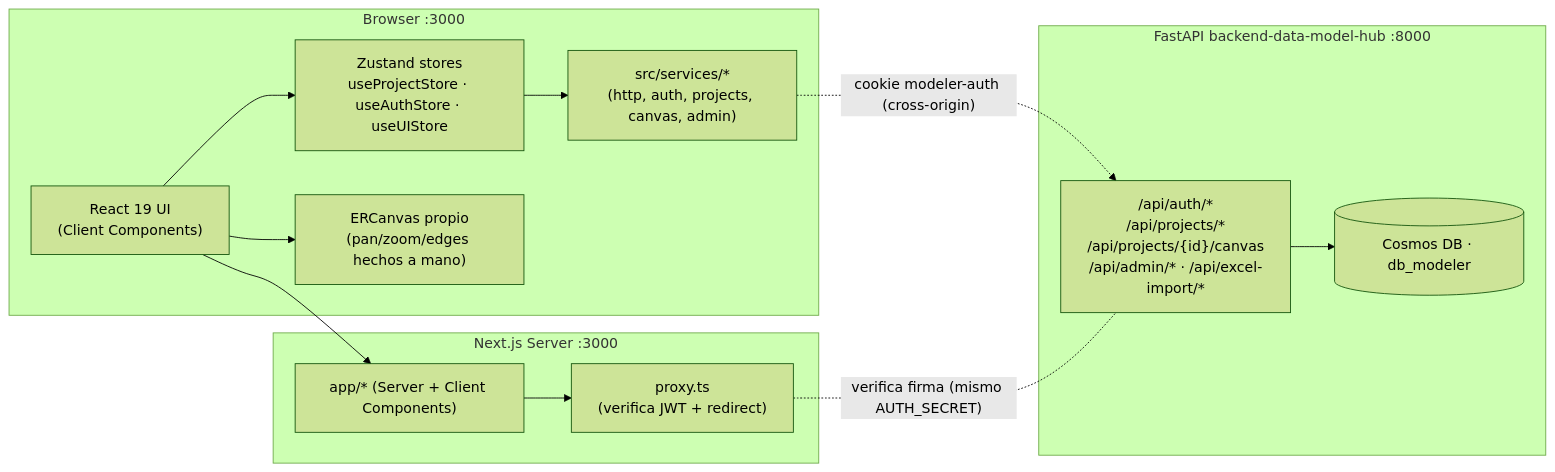
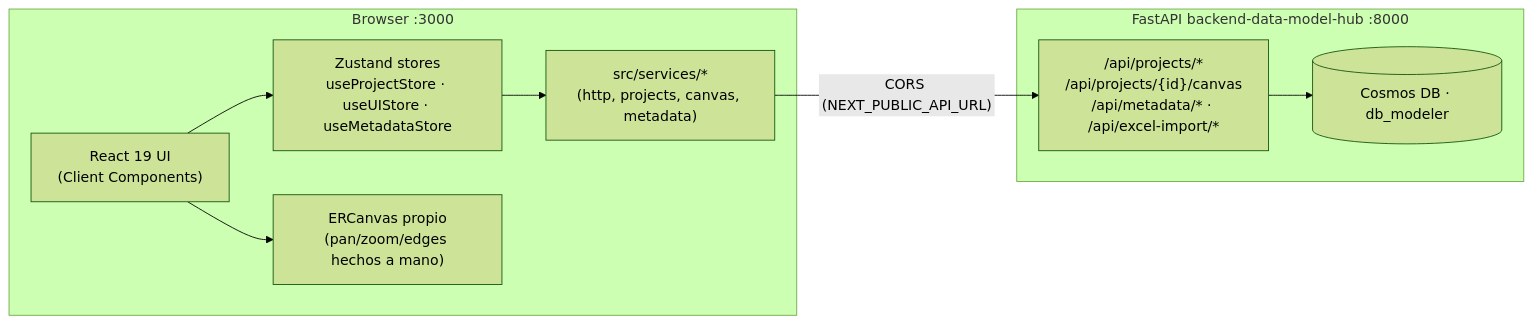
Before and after one commit to Carlosmps97/web-data-model-hub: the first of 2 diagrams in doc/architecture.md, drawn with Mermaid (forest theme). The commit also changed other lines of this file and 181 other files, not shown here.

````diff
--- a/doc/architecture.md
+++ b/doc/architecture.md
@@ -11,27 +11,19 @@
 ```mermaid
 flowchart LR
     subgraph Browser["Browser :3000"]
         UI["React 19 UI<br/>(Client Components)"]
-        ZS["Zustand stores<br/>useProjectStore · useAuthStore · useUIStore"]
+        ZS["Zustand stores<br/>useProjectStore · useUIStore · useMetadataStore"]
         ER["ERCanvas propio<br/>(pan/zoom/edges hechos a mano)"]
-        SVC["src/services/*<br/>(http, auth, projects, canvas, admin)"]
-    end
-
-    subgraph Server["Next.js Server :3000"]
-        PXY["proxy.ts<br/>(verifica JWT + redirect)"]
-        PAGES["app/* (Server + Client Components)"]
+        SVC["src/services/*<br/>(http, projects, canvas, metadata)"]
     end
 
     subgraph Backend["FastAPI backend-data-model-hub :8000"]
-        FAPI["/api/auth/*<br/>/api/projects/*<br/>/api/projects/{id}/canvas<br/>/api/admin/* · /api/excel-import/*"]
+        FAPI["/api/projects/*<br/>/api/projects/{id}/canvas<br/>/api/metadata/* · /api/excel-import/*"]
         DB[("Cosmos DB · db_modeler")]
         FAPI --> DB
     end
 
     UI --> ZS --> SVC
     UI --> ER
-    UI --> PAGES
-    SVC -.cookie modeler-auth (cross-origin).-> FAPI
-    PAGES --> PXY
-    PXY -. verifica firma (mismo AUTH_SECRET) .- FAPI
+    SVC -->|"CORS (NEXT_PUBLIC_API_URL)"| FAPI
 ```
````
